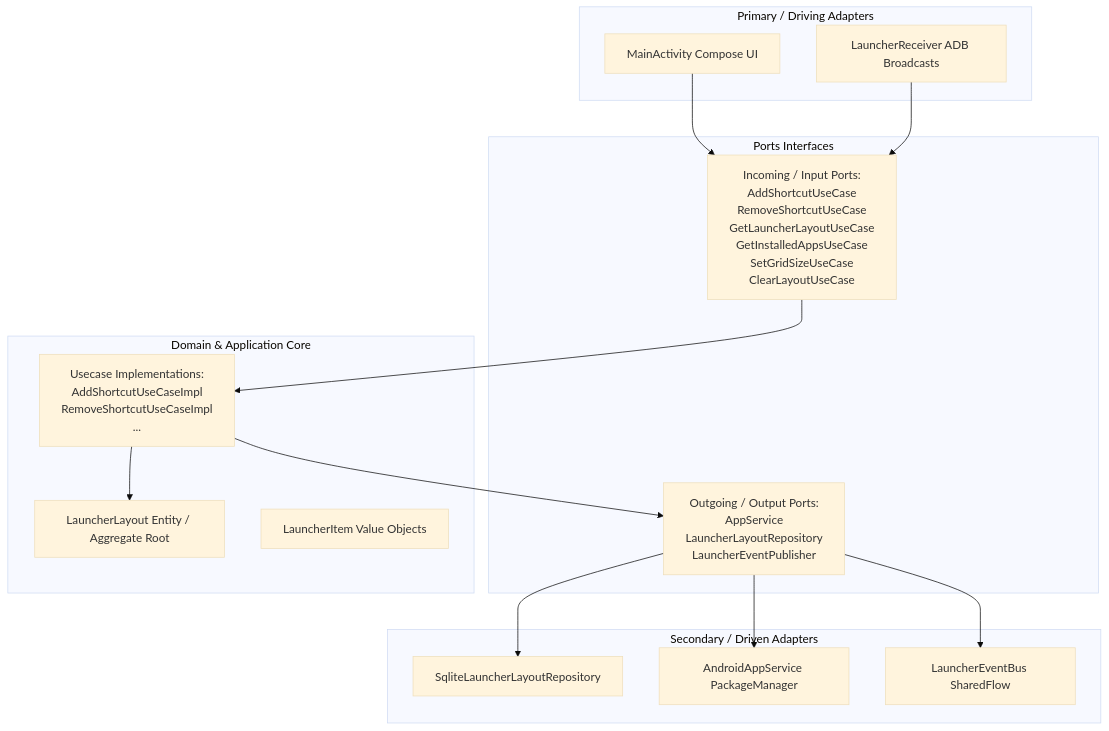
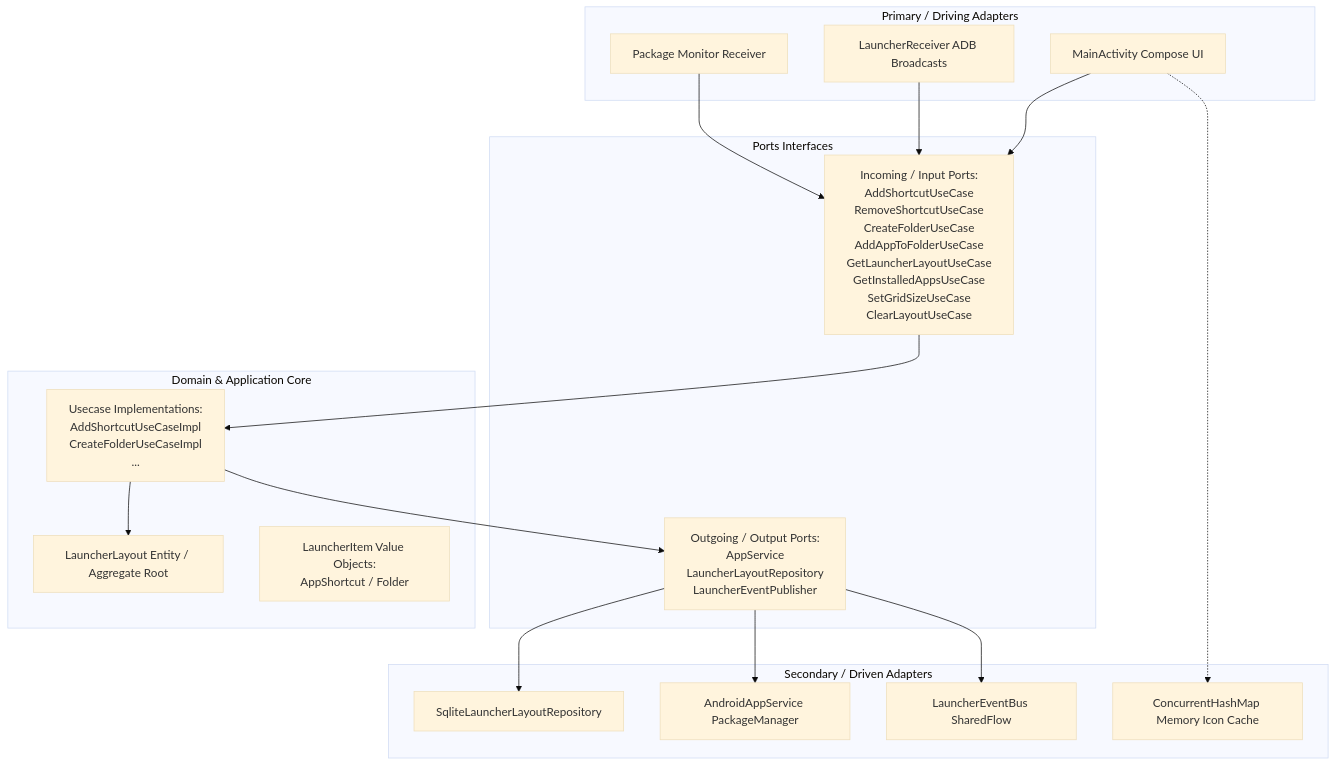
The diagram in README.md (bivex/AgyLaunch), drawn with Mermaid (base theme) before and after one commit. The commit also changed other lines of this file, not shown here.

Commit message:
Update README with folders documentation, dynamic package monitor, performance cache and release build instructions

````diff
--- a/README.md
+++ b/README.md
@@ -13,33 +13,37 @@
 ```mermaid
 graph TD
     subgraph Driving Adapters [Primary / Driving Adapters]
         UI[MainActivity Compose UI]
         Receiver[LauncherReceiver ADB Broadcasts]
+        PkgMonitor[Package Monitor Receiver]
     end
 
     subgraph Ports [Ports Interfaces]
-        InPorts[Incoming / Input Ports:<br>AddShortcutUseCase<br>RemoveShortcutUseCase<br>GetLauncherLayoutUseCase<br>GetInstalledAppsUseCase<br>SetGridSizeUseCase<br>ClearLayoutUseCase]
+        InPorts[Incoming / Input Ports:<br>AddShortcutUseCase<br>RemoveShortcutUseCase<br>CreateFolderUseCase<br>AddAppToFolderUseCase<br>GetLauncherLayoutUseCase<br>GetInstalledAppsUseCase<br>SetGridSizeUseCase<br>ClearLayoutUseCase]
         OutPorts[Outgoing / Output Ports:<br>AppService<br>LauncherLayoutRepository<br>LauncherEventPublisher]
     end
 
     subgraph Core [Domain & Application Core]
         Layout[LauncherLayout Entity / Aggregate Root]
-        Item[LauncherItem Value Objects]
-        UseCases[Usecase Implementations:<br>AddShortcutUseCaseImpl<br>RemoveShortcutUseCaseImpl<br>...]
+        Item[LauncherItem Value Objects:<br>AppShortcut / Folder]
+        UseCases[Usecase Implementations:<br>AddShortcutUseCaseImpl<br>CreateFolderUseCaseImpl<br>...]
     end
 
     subgraph Driven Adapters [Secondary / Driven Adapters]
         SQLite[SqliteLauncherLayoutRepository]
         PM[AndroidAppService PackageManager]
         EventBus[LauncherEventBus SharedFlow]
+        Cache[ConcurrentHashMap Memory Icon Cache]
     end
 
     UI --> InPorts
     Receiver --> InPorts
+    PkgMonitor --> InPorts
     InPorts --> UseCases
     UseCases --> Layout
     UseCases --> OutPorts
     OutPorts --> SQLite
     OutPorts --> PM
     OutPorts --> EventBus
+    UI -.-> Cache
 ```
````
